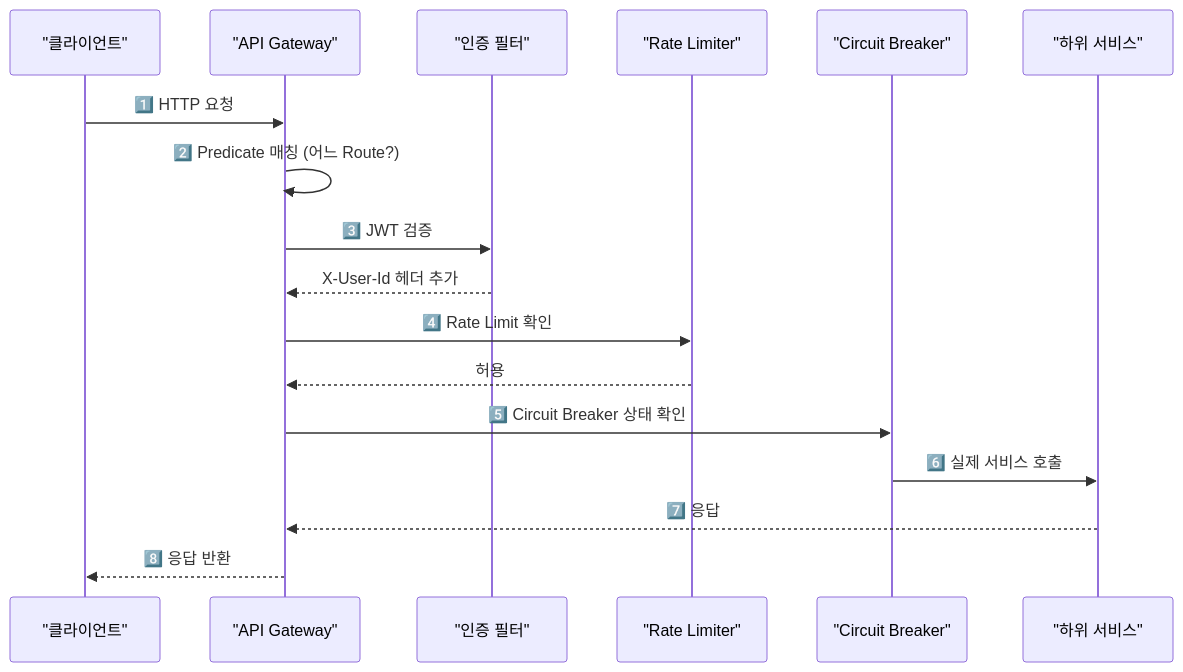
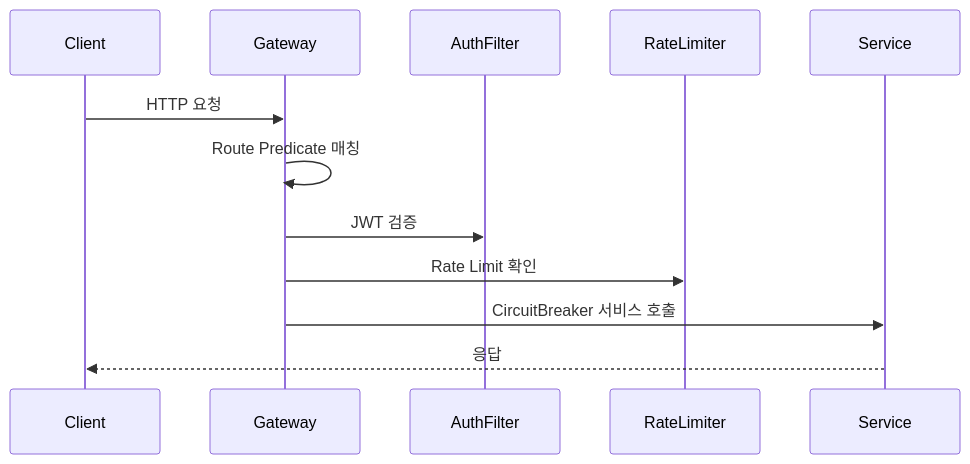
One commit to yjkim2015/yjkim2015.github.io changed the third of 3 diagrams in _posts/spring/2026-05-01-spring-cloud-gateway.md. Above: the diagram before and after it, drawn with Mermaid. The commit also changed other lines of this file and 215 other files, not shown here.

First line of the commit message:
신규 포스트 10개 추가 + Mermaid 전면 축소 + SystemDesign 시리즈 보강

````diff
--- a/_posts/spring/2026-05-01-spring-cloud-gateway.md
+++ b/_posts/spring/2026-05-01-spring-cloud-gateway.md
@@ -299,20 +294,14 @@
 ```mermaid
 sequenceDiagram
-    participant C as "클라이언트"
-    participant GW as "API Gateway"
-    participant AUTH as "인증 필터"
-    participant RL as "Rate Limiter"
-    participant CB as "Circuit Breaker"
-    participant SVC as "하위 서비스"
-
-    C->>GW: 1️⃣ HTTP 요청
-    GW->>GW: 2️⃣ Predicate 매칭 (어느 Route?)
-    GW->>AUTH: 3️⃣ JWT 검증
-    AUTH-->>GW: X-User-Id 헤더 추가
-    GW->>RL: 4️⃣ Rate Limit 확인
-    RL-->>GW: 허용
-    GW->>CB: 5️⃣ Circuit Breaker 상태 확인
-    CB->>SVC: 6️⃣ 실제 서비스 호출
-    SVC-->>GW: 7️⃣ 응답
-    GW-->>C: 8️⃣ 응답 반환
+    participant C as Client
+    participant GW as Gateway
+    participant AUTH as AuthFilter
+    participant RL as RateLimiter
+    participant SVC as Service
+    C->>GW: HTTP 요청
+    GW->>GW: Route Predicate 매칭
+    GW->>AUTH: JWT 검증
+    GW->>RL: Rate Limit 확인
+    GW->>SVC: CircuitBreaker 서비스 호출
+    SVC-->>C: 응답
 ```
````
